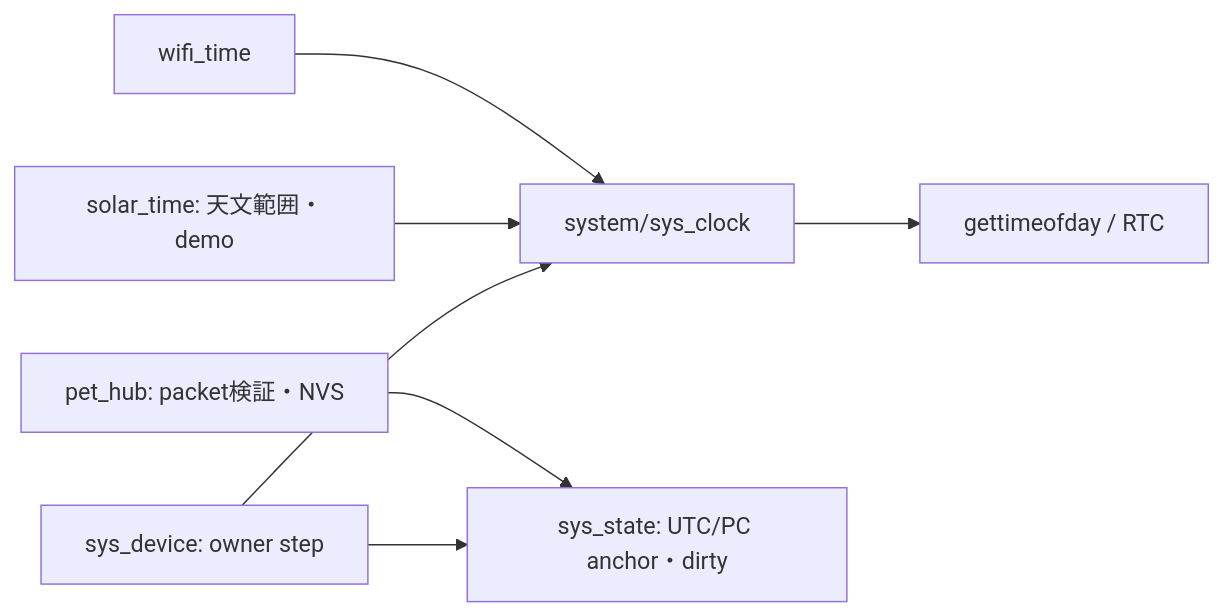
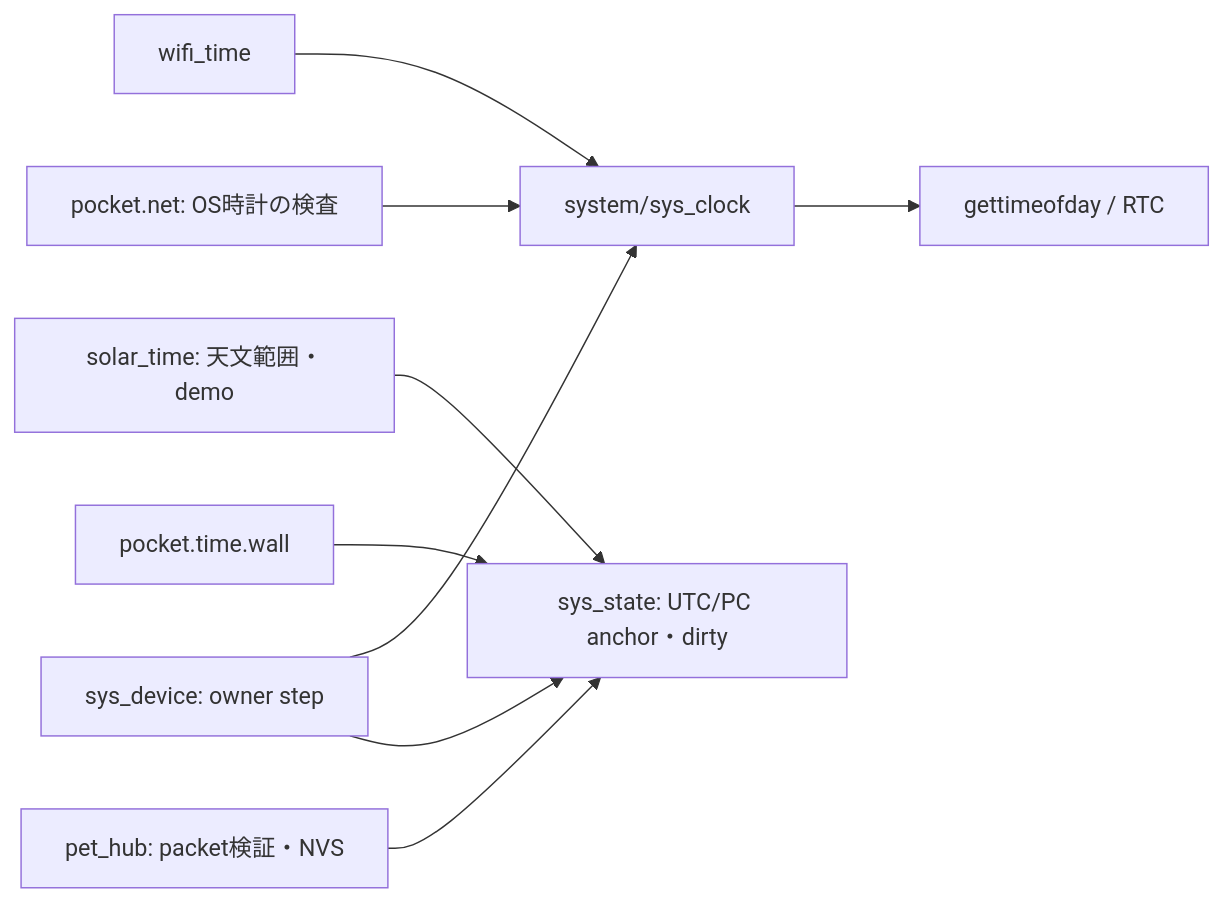
Before and after one commit to dj-oyu/cardputer-adv-pocketjs: the first of 5 diagrams in docs/kasane/module-boundaries.md, drawn with Mermaid. The commit also changed other lines of this file and 21 other files, not shown here.

Commit message:
feat(system): unify solar and JS wall clock snapshots

````diff
--- a/docs/kasane/module-boundaries.md
+++ b/docs/kasane/module-boundaries.md
@@ -8,9 +8,11 @@
 ```mermaid
 flowchart LR
   SNTP[wifi_time] --> CLOCK[system/sys_clock]
-  SOLAR[solar_time: 天文範囲・demo] --> CLOCK
+  SOLAR[solar_time: 天文範囲・demo] --> STATE
+  JS[pocket.time.wall] --> STATE
+  TLS[pocket.net: OS時計の検査] --> CLOCK
   PET[pet_hub: packet検証・NVS] --> STATE[sys_state: UTC/PC anchor・dirty]
   DEVICE[sys_device: owner step] --> CLOCK
   DEVICE --> STATE
   CLOCK --> WALL[gettimeofday / RTC]
 ```
````
